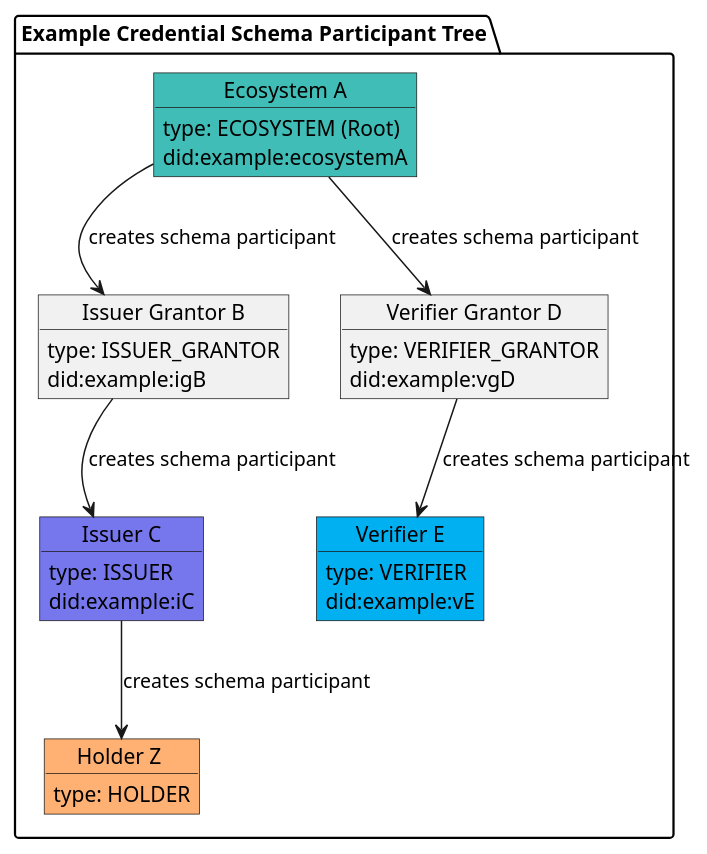
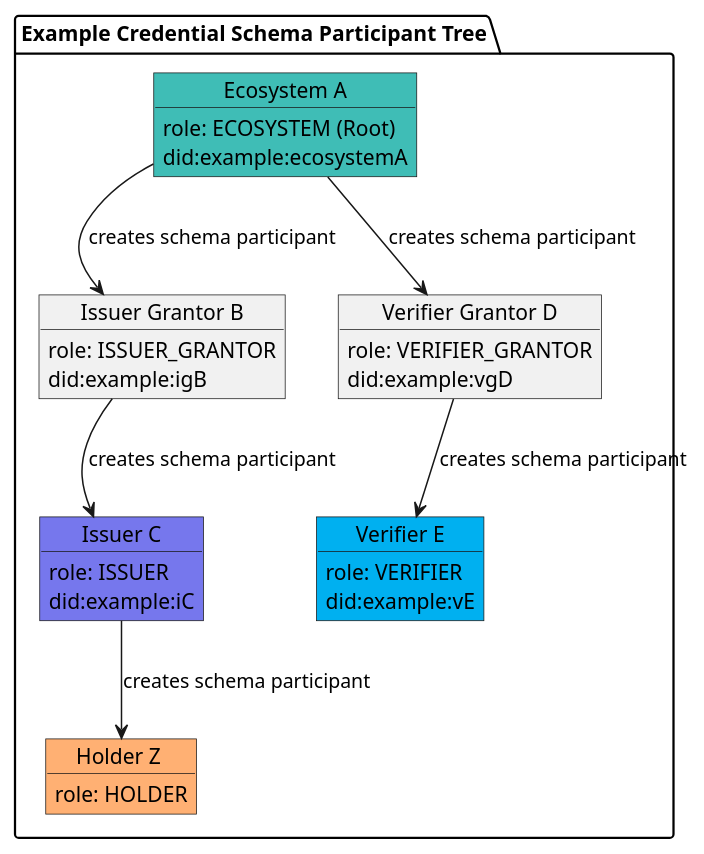
Before and after one commit to verana-labs/verifiable-trust-vpr-spec: diagram 15 of 21 in spec.md, drawn with PlantUML. The commit also changed other lines of this file, not shown here.

````diff
--- a/spec.md
+++ b/spec.md
@@ -4047,46 +4041,46 @@
 ```plantuml
 
 @startuml
 scale max 800 width
  
 package "Example Credential Schema Participant Tree" as cs {
 
     object "Ecosystem A" as tr #3fbdb6 {
-        type: ECOSYSTEM (Root)
+        role: ECOSYSTEM (Root)
         did:example:ecosystemA
     }
     object "Issuer Grantor B" as ig {
-        type: ISSUER_GRANTOR
+        role: ISSUER_GRANTOR
         did:example:igB
     }
     object "Issuer C" as issuer #7677ed  {
-        type: ISSUER
+        role: ISSUER
         did:example:iC
     }
     object "Verifier Grantor D" as vg {
-        type: VERIFIER_GRANTOR
+        role: VERIFIER_GRANTOR
         did:example:vgD
     }
     object "Verifier E" as verifier #00b0f0 {
-        type: VERIFIER
+        role: VERIFIER
         did:example:vE
     }
 
     object "Holder Z " as holder #FFB073 {
-        type: HOLDER
+        role: HOLDER
     }
 }
 
 
 
 tr --> ig : creates schema participant
 ig --> issuer : creates schema participant
 
 tr --> vg : creates schema participant
 vg --> verifier : creates schema participant
 
 issuer --> holder: creates schema participant
 
 @enduml
 
 ```
````
